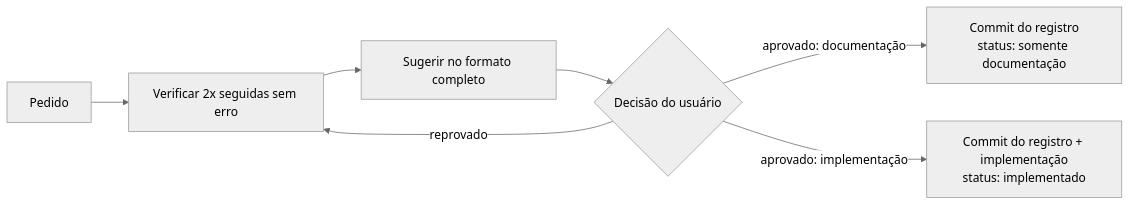
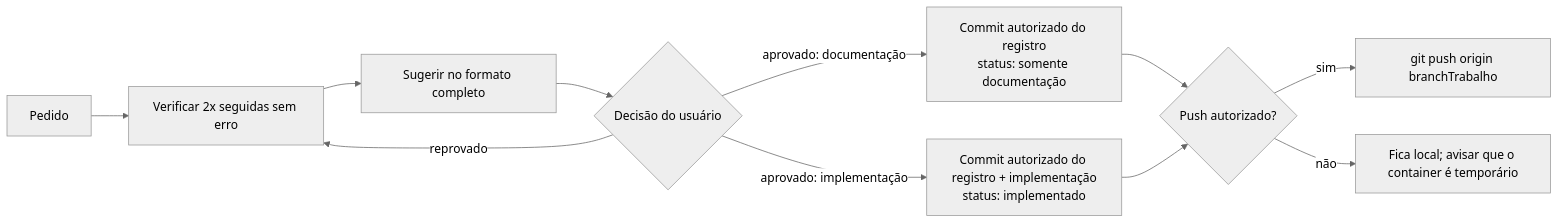
The diagram in CLAUDE.md (TokumoH/RevocastCameras), drawn with Mermaid (neutral theme) before and after one commit. The commit also changed other lines of this file and 2 other files, not shown here.

First line of the commit message:
docs: regra "Branch e Git" e registro do incidente de push (VER-002)

````diff
--- a/CLAUDE.md
+++ b/CLAUDE.md
@@ -109,9 +120,13 @@
 ```mermaid
 flowchart LR
     A[Pedido] --> B[Verificar 2x seguidas sem erro]
     B --> C[Sugerir no formato completo]
     C --> D{Decisão do usuário}
     D -- reprovado --> B
-    D -- aprovado: documentação --> E[Commit do registro<br/>status: somente documentação]
-    D -- aprovado: implementação --> F[Commit do registro + implementação<br/>status: implementado]
+    D -- aprovado: documentação --> E[Commit autorizado do registro<br/>status: somente documentação]
+    D -- aprovado: implementação --> F[Commit autorizado do registro + implementação<br/>status: implementado]
+    E --> G{Push autorizado?}
+    F --> G
+    G -- sim --> H[git push origin branchTrabalho]
+    G -- não --> I[Fica local; avisar que o container é temporário]
 ```
````
